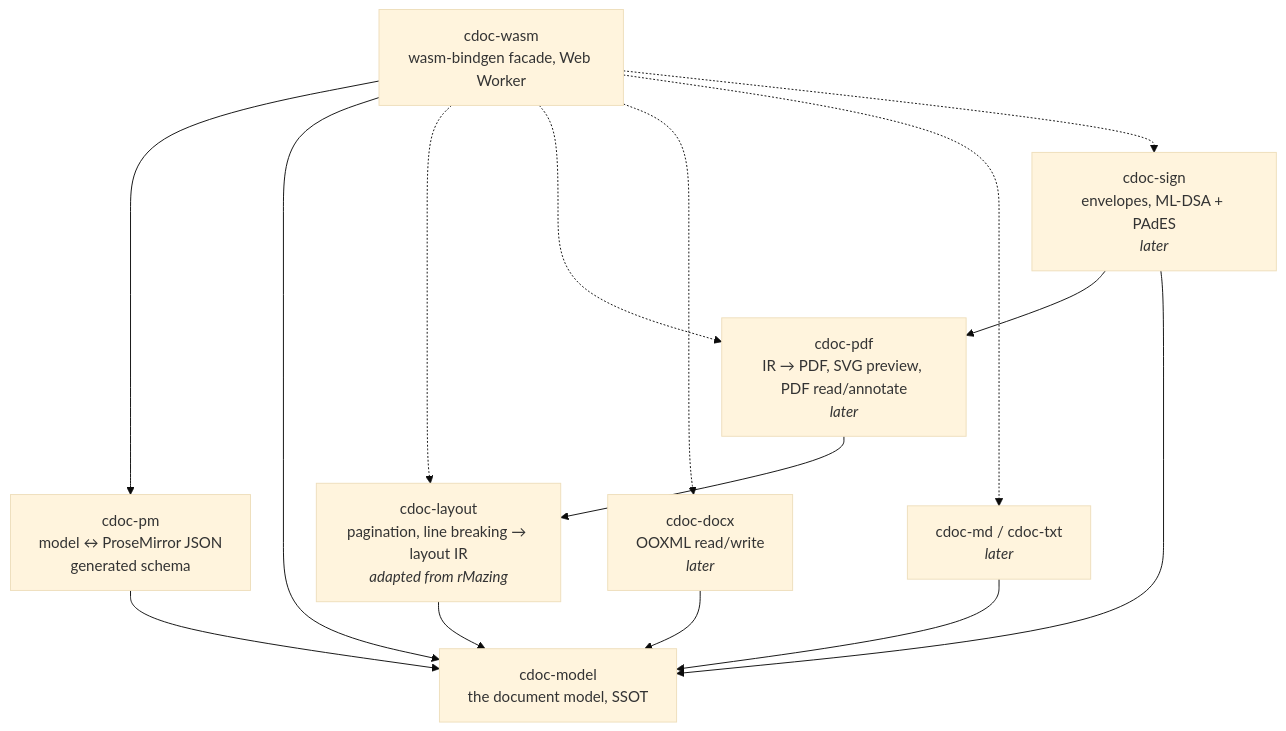
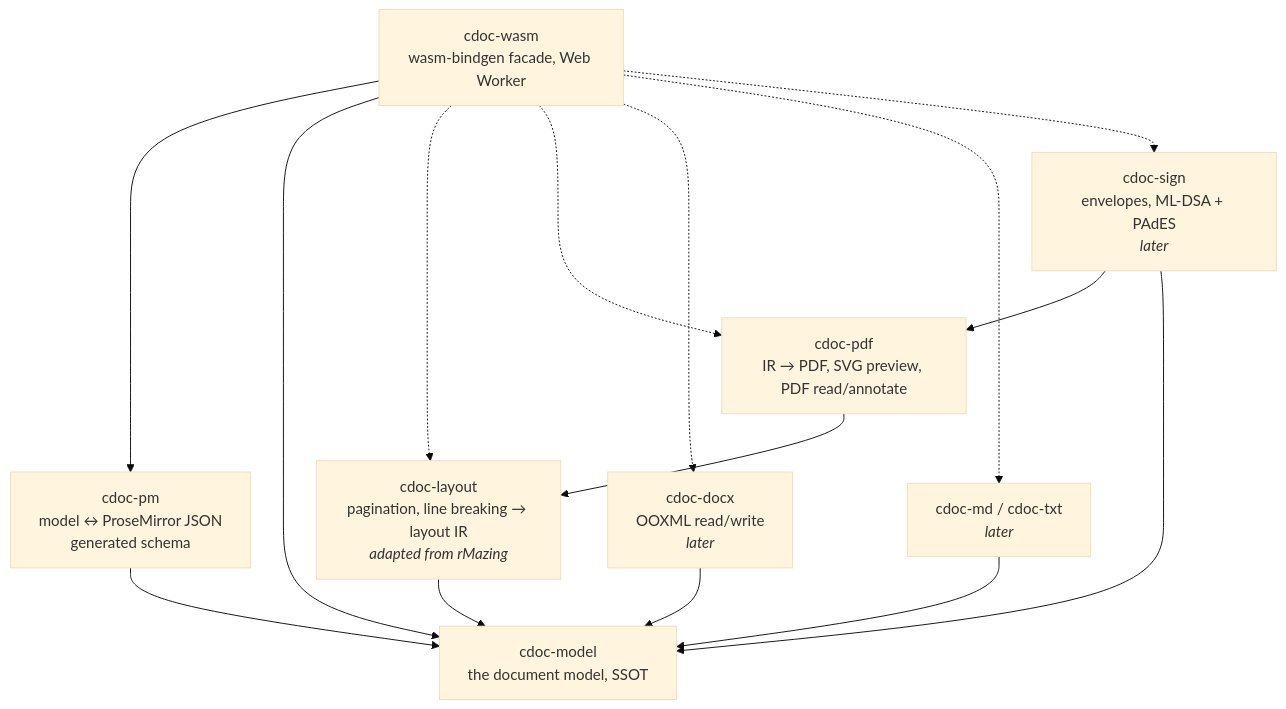
The diagram in ARCHITECTURE.md (Avarok-Cybersecurity/citadel-docs), drawn with Mermaid (base theme) before and after one commit. The commit also changed other lines of this file and 5 other files, not shown here.

First line of the commit message:
cdoc-pdf: appearance streams on appended annotations; docs and tighter tests

````diff
--- a/ARCHITECTURE.md
+++ b/ARCHITECTURE.md
@@ -12,26 +12,26 @@
 ```mermaid
 graph TD
     model[cdoc-model<br/>the document model, SSOT]
     pm[cdoc-pm<br/>model ↔ ProseMirror JSON<br/>generated schema]
     layout[cdoc-layout<br/>pagination, line breaking → layout IR<br/><i>adapted from rMazing</i>]
-    pdf[cdoc-pdf<br/>IR → PDF, SVG preview, PDF read/annotate<br/><i>later</i>]
+    pdf[cdoc-pdf<br/>IR → PDF, SVG preview, PDF read/annotate]
     docx[cdoc-docx<br/>OOXML read/write<br/><i>later</i>]
     md[cdoc-md / cdoc-txt<br/><i>later</i>]
     sign[cdoc-sign<br/>envelopes, ML-DSA + PAdES<br/><i>later</i>]
     wasm[cdoc-wasm<br/>wasm-bindgen facade, Web Worker]
 
     pm --> model
     layout --> model
     docx --> model
     md --> model
     pdf --> layout
     sign --> pdf
     sign --> model
     wasm --> pm
     wasm --> model
     wasm -.-> layout
     wasm -.-> pdf
     wasm -.-> docx
     wasm -.-> md
     wasm -.-> sign
 ```
````
